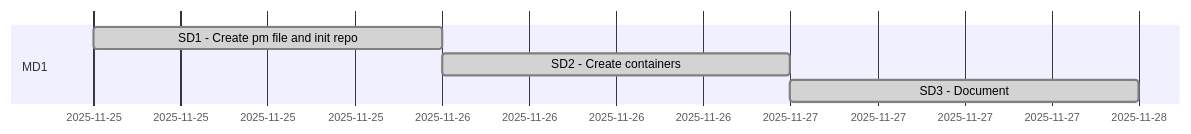
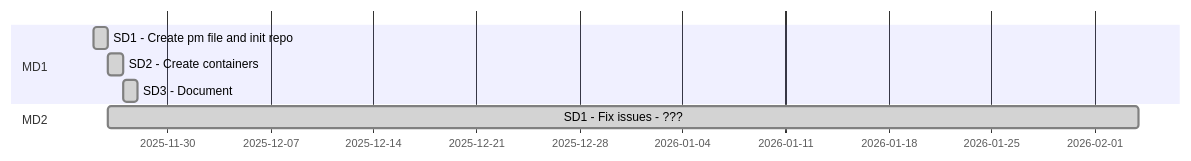
Before and after one commit to hoss-java/containers: the diagram in DECK.md, drawn with Mermaid. The commit also changed other lines of this file, not shown here.

````diff
--- a/DECK.md
+++ b/DECK.md
@@ -26,8 +27,10 @@
 ```mermaid
 gantt
     section MD1
     SD1 - Create pm file and init repo                 :done,md1des1, 2025-11-25,1d
     SD2 - Create containers              :done,md1des2, after md1des1,1d
     SD3 - Document          :done,md1des3, after md1des2,1d
 
+    section MD2
+    SD1 - Fix issues - ???                     :done,md2des1, 2025-11-26,10w
 ```
````
